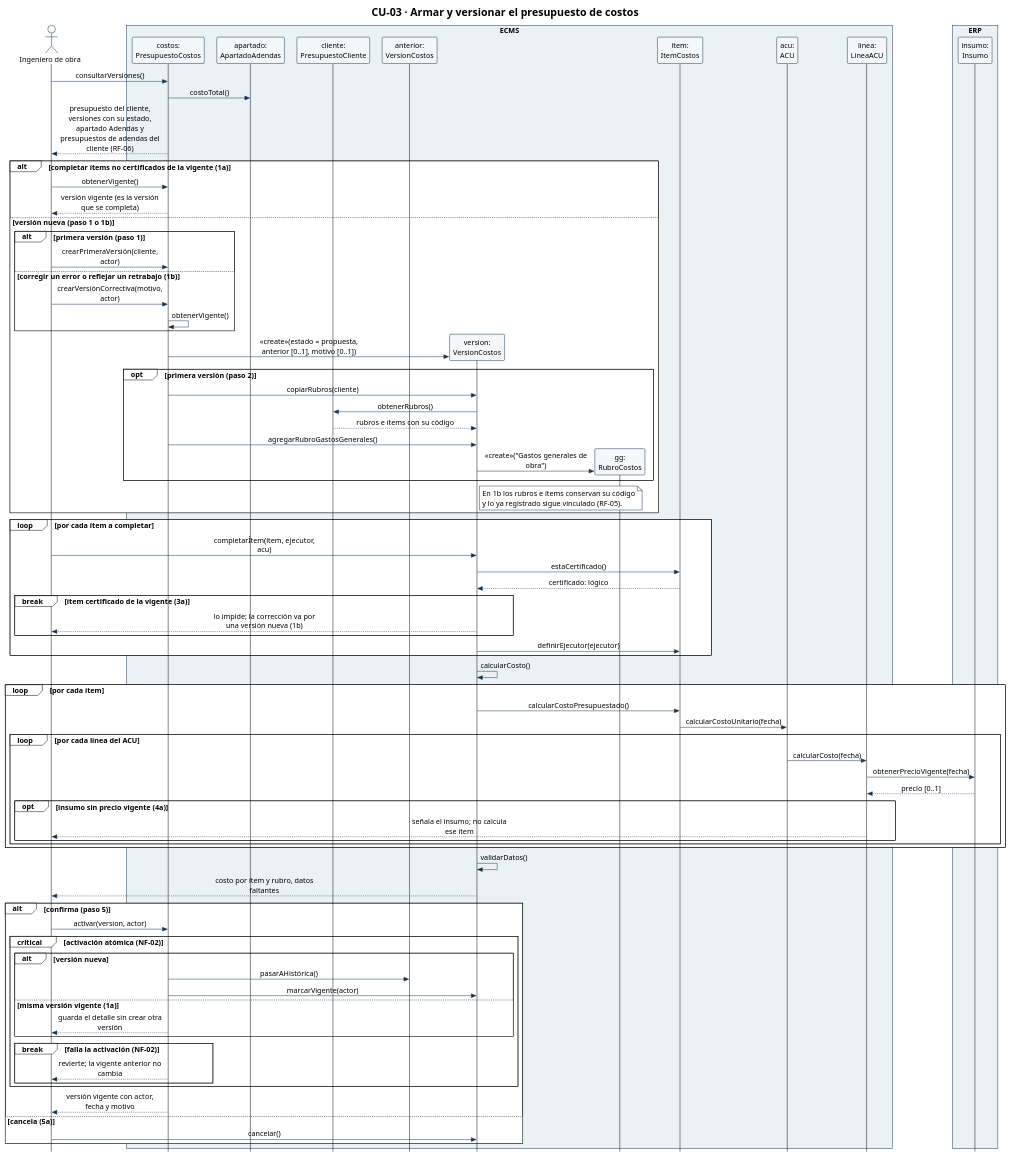
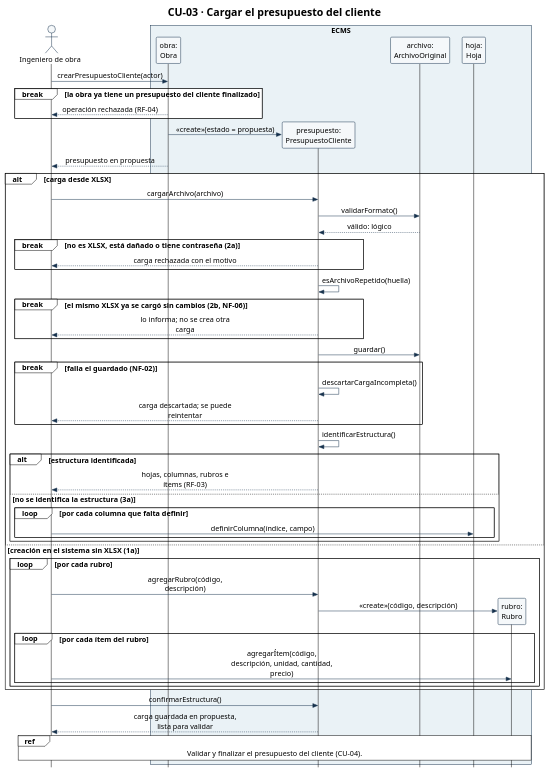
The diagram in diagramas/CU-03-secuencia.puml (Ssrrb/tpf-uca), drawn with PlantUML before and after one commit. The commit also changed 51 other files, not shown here.

First line of the commit message:
Renumera los diagramas de CU 1 al 16 en orden de dependencia y saca los que salen del MVP

```diff
--- a/diagramas/CU-03-secuencia.puml
+++ b/diagramas/CU-03-secuencia.puml
@@ -1,112 +1,79 @@
 @startuml
 !theme plain
 skinparam style strictuml
 skinparam shadowing false
 skinparam defaultFontName Arial
 skinparam defaultFontSize 15
 skinparam sequenceMessageAlign center
 skinparam maxMessageSize 220
 skinparam ParticipantPadding 8
 skinparam BoxPadding 6
 skinparam ParticipantBackgroundColor #F5F8FA
 skinparam ParticipantBorderColor #17324D
 skinparam ActorBorderColor #17324D
 skinparam ActorBackgroundColor #F5F8FA
 skinparam ArrowColor #17324D
 skinparam SequenceBoxBorderColor #17324D
 skinparam note {
   BackgroundColor #FFFFFF
   BorderColor #17324D
 }
 hide footbox
-title CU-03 · Armar y versionar el presupuesto de costos
+title CU-03 · Cargar el presupuesto del cliente
 actor "Ingeniero de obra" as Ing
 box "ECMS" #EAF2F6
-participant "costos:\nPresupuestoCostos" as PC
-participant "apartado:\nApartadoAdendas" as Apa
-participant "cliente:\nPresupuestoCliente" as Cli
-participant "anterior:\nVersionCostos" as Ant
-participant "version:\nVersionCostos" as V
-participant "gg:\nRubroCostos" as GG
-participant "item:\nItemCostos" as Item
-participant "acu:\nACU" as Acu
-participant "linea:\nLineaACU" as Lin
-end box
-box "ERP" #EAF2F6
-participant "insumo:\nInsumo" as Ins
+participant "obra:\nObra" as Obra
+participant "presupuesto:\nPresupuestoCliente" as Pres
+participant "archivo:\nArchivoOriginal" as Arch
+participant "hoja:\nHoja" as Hoja
+participant "rubro:\nRubro" as Rubro
 end box
 
-Ing -> PC: consultarVersiones()
-PC -> Apa: costoTotal()
-PC --> Ing: presupuesto del cliente, versiones con su estado,\napartado Adendas y presupuestos de adendas del cliente (RF-06)
+Ing -> Obra: crearPresupuestoCliente(actor)
+break la obra ya tiene un presupuesto del cliente finalizado
+  Obra --> Ing: operación rechazada (RF-04)
+end
+create Pres
+Obra -> Pres: «create»(estado = propuesta)
+Obra --> Ing: presupuesto en propuesta
 
-alt completar ítems no certificados de la vigente (1a)
-  Ing -> PC: obtenerVigente()
-  PC --> Ing: versión vigente (es la versión que se completa)
-else versión nueva (paso 1 o 1b)
-  alt primera versión (paso 1)
-    Ing -> PC: crearPrimeraVersión(cliente, actor)
-  else corregir un error o reflejar un retrabajo (1b)
-    Ing -> PC: crearVersiónCorrectiva(motivo, actor)
-    PC -> PC: obtenerVigente()
+alt carga desde XLSX
+  Ing -> Pres: cargarArchivo(archivo)
+  Pres -> Arch: validarFormato()
+  Arch --> Pres: válido: lógico
+  break no es XLSX, está dañado o tiene contraseña (2a)
+    Pres --> Ing: carga rechazada con el motivo
   end
-  create V
-  PC -> V: «create»(estado = propuesta, anterior [0..1], motivo [0..1])
-  opt primera versión (paso 2)
-    PC -> V: copiarRubros(cliente)
-    V -> Cli: obtenerRubros()
-    Cli --> V: rubros e ítems con su código
-    PC -> V: agregarRubroGastosGenerales()
-    create GG
-    V -> GG: «create»("Gastos generales de obra")
+  Pres -> Pres: esArchivoRepetido(huella)
+  break el mismo XLSX ya se cargó sin cambios (2b, NF-06)
+    Pres --> Ing: lo informa; no se crea otra carga
   end
-  note right of V
-    En 1b los rubros e ítems conservan su código
-    y lo ya registrado sigue vinculado (RF-05).
-  end note
-end
-
-loop por cada ítem a completar
-  Ing -> V: completarÍtem(ítem, ejecutor, acu)
-  V -> Item: estaCertificado()
-  Item --> V: certificado: lógico
-  break ítem certificado de la vigente (3a)
-    V --> Ing: lo impide; la corrección va por una versión nueva (1b)
+  Pres -> Arch: guardar()
+  break falla el guardado (NF-02)
+    Pres -> Pres: descartarCargaIncompleta()
+    Pres --> Ing: carga descartada; se puede reintentar
   end
-  V -> Item: definirEjecutor(ejecutor)
-end
-
-V -> V: calcularCosto()
-loop por cada ítem
-  V -> Item: calcularCostoPresupuestado()
-  Item -> Acu: calcularCostoUnitario(fecha)
-  loop por cada línea del ACU
-    Acu -> Lin: calcularCosto(fecha)
-    Lin -> Ins: obtenerPrecioVigente(fecha)
-    Ins --> Lin: precio [0..1]
-    opt insumo sin precio vigente (4a)
-      Lin --> Ing: señala el insumo; no calcula ese ítem
+  Pres -> Pres: identificarEstructura()
+  alt estructura identificada
+    Pres --> Ing: hojas, columnas, rubros e ítems (RF-03)
+  else no se identifica la estructura (3a)
+    loop por cada columna que falta definir
+      Ing -> Hoja: definirColumna(índice, campo)
+    end
+  end
+else creación en el sistema sin XLSX (1a)
+  loop por cada rubro
+    Ing -> Pres: agregarRubro(código, descripción)
+    create Rubro
+    Pres -> Rubro: «create»(código, descripción)
+    loop por cada ítem del rubro
+      Ing -> Rubro: agregarÍtem(código, descripción, unidad, cantidad, precio)
     end
   end
 end
-V -> V: validarDatos()
-V --> Ing: costo por ítem y rubro, datos faltantes
-
-alt confirma (paso 5)
-  Ing -> PC: activar(version, actor)
-  critical activación atómica (NF-02)
-    alt versión nueva
-      PC -> Ant: pasarAHistórica()
-      PC -> V: marcarVigente(actor)
-    else misma versión vigente (1a)
-      PC --> Ing: guarda el detalle sin crear otra versión
-    end
-    break falla la activación (NF-02)
-      PC --> Ing: revierte; la vigente anterior no cambia
-    end
-  end
-  PC --> Ing: versión vigente con actor, fecha y motivo
-else cancela (5a)
-  Ing -> V: cancelar()
-end
+Ing -> Pres: confirmarEstructura()
+Pres --> Ing: carga guardada en propuesta, lista para validar
+ref over Ing, Rubro
+  Validar y finalizar el presupuesto del cliente (CU-04).
+end ref
 @enduml
```
